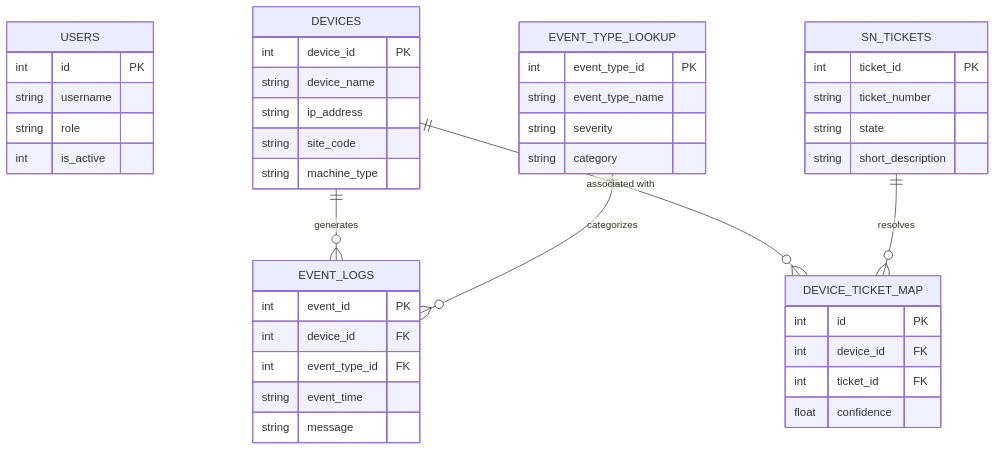
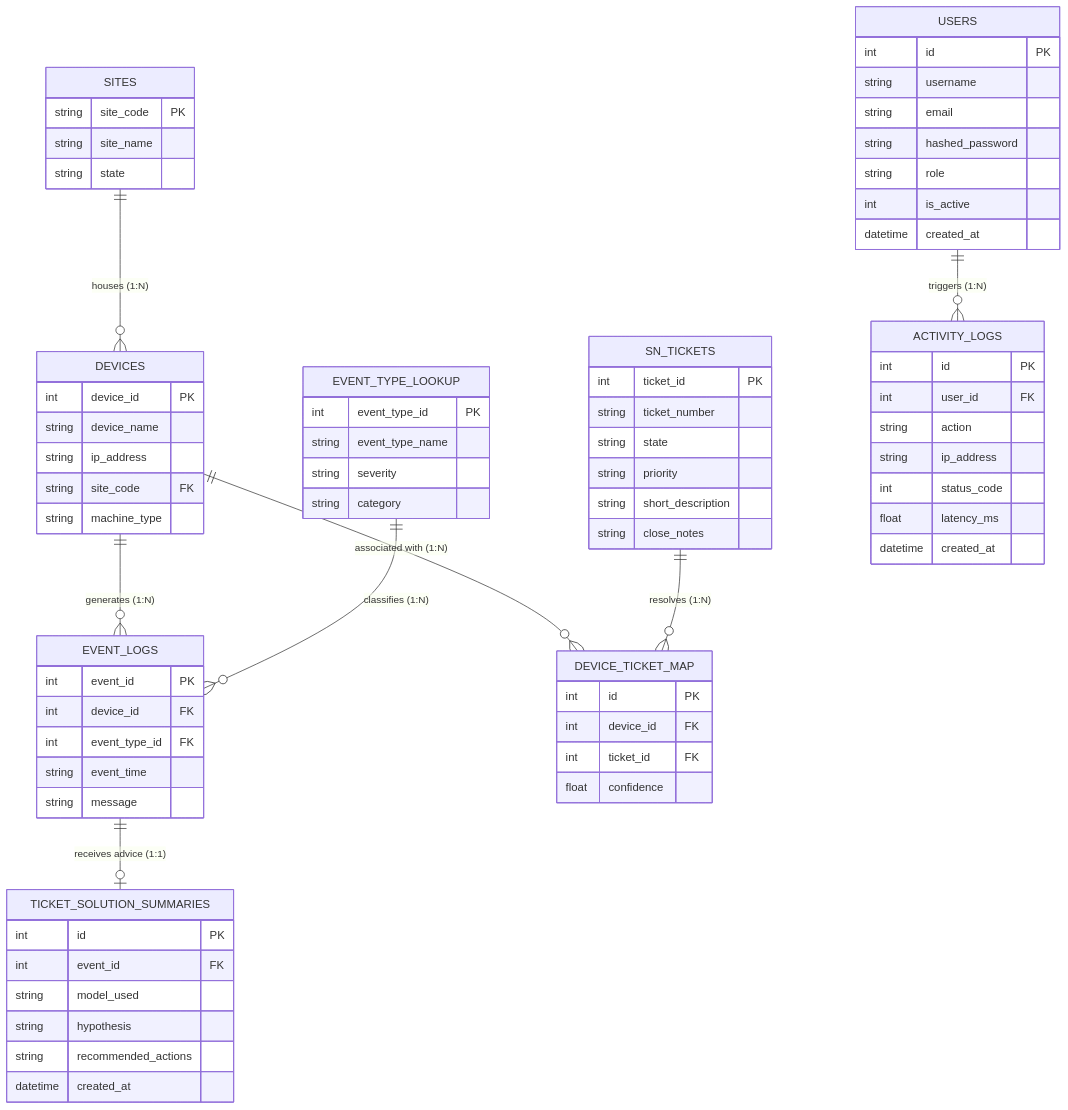
The third of 6 diagrams in docs/NOC_Diagrams.md (sanchiitvijay/noc-ps), drawn with Mermaid before and after one commit. The commit also changed other lines of this file and 2 other files, not shown here.

Commit message:
docs: update comprehensive technical documentation and system diagrams

````diff
--- a/docs/NOC_Diagrams.md
+++ b/docs/NOC_Diagrams.md
@@ -56,25 +119,34 @@
     USERS {
         int id PK
         string username
+        string email
+        string hashed_password
         string role
         int is_active
+        datetime created_at
     }
-    
+
+    SITES {
+        string site_code PK
+        string site_name
+        string state
+    }
+
     DEVICES {
         int device_id PK
         string device_name
         string ip_address
-        string site_code
+        string site_code FK
         string machine_type
     }
-    
+
     EVENT_TYPE_LOOKUP {
         int event_type_id PK
         string event_type_name
         string severity
         string category
     }
-    
+
     EVENT_LOGS {
         int event_id PK
         int device_id FK
@@ -82,14 +154,16 @@
         string event_time
         string message
     }
-    
+
     SN_TICKETS {
         int ticket_id PK
         string ticket_number
         string state
+        string priority
         string short_description
+        string close_notes
     }
-    
+
     DEVICE_TICKET_MAP {
         int id PK
         int device_id FK
@@ -97,8 +171,30 @@
         float confidence
     }
 
-    DEVICES ||--o{ EVENT_LOGS : "generates"
-    EVENT_TYPE_LOOKUP ||--o{ EVENT_LOGS : "categorizes"
-    DEVICES ||--o{ DEVICE_TICKET_MAP : "associated with"
-    SN_TICKETS ||--o{ DEVICE_TICKET_MAP : "resolves"
+    TICKET_SOLUTION_SUMMARIES {
+        int id PK
+        int event_id FK
+        string model_used
+        string hypothesis
+        string recommended_actions
+        datetime created_at
+    }
+
+    ACTIVITY_LOGS {
+        int id PK
+        int user_id FK
+        string action
+        string ip_address
+        int status_code
+        float latency_ms
+        datetime created_at
+    }
+
+    SITES ||--o{ DEVICES : "houses (1:N)"
+    DEVICES ||--o{ EVENT_LOGS : "generates (1:N)"
+    EVENT_TYPE_LOOKUP ||--o{ EVENT_LOGS : "classifies (1:N)"
+    DEVICES ||--o{ DEVICE_TICKET_MAP : "associated with (1:N)"
+    SN_TICKETS ||--o{ DEVICE_TICKET_MAP : "resolves (1:N)"
+    EVENT_LOGS ||--o| TICKET_SOLUTION_SUMMARIES : "receives advice (1:1)"
+    USERS ||--o{ ACTIVITY_LOGS : "triggers (1:N)"
 ```
````
